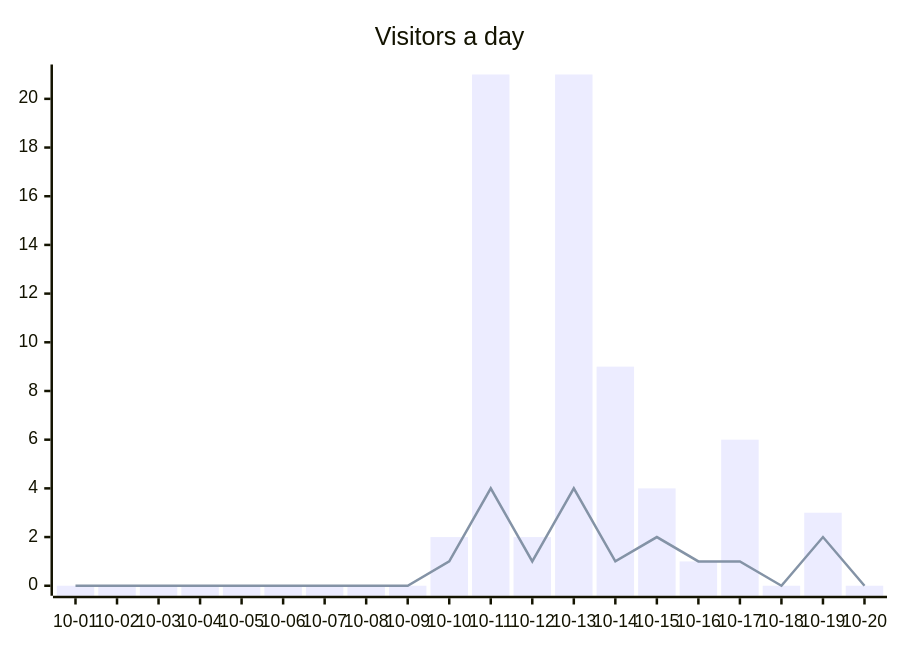
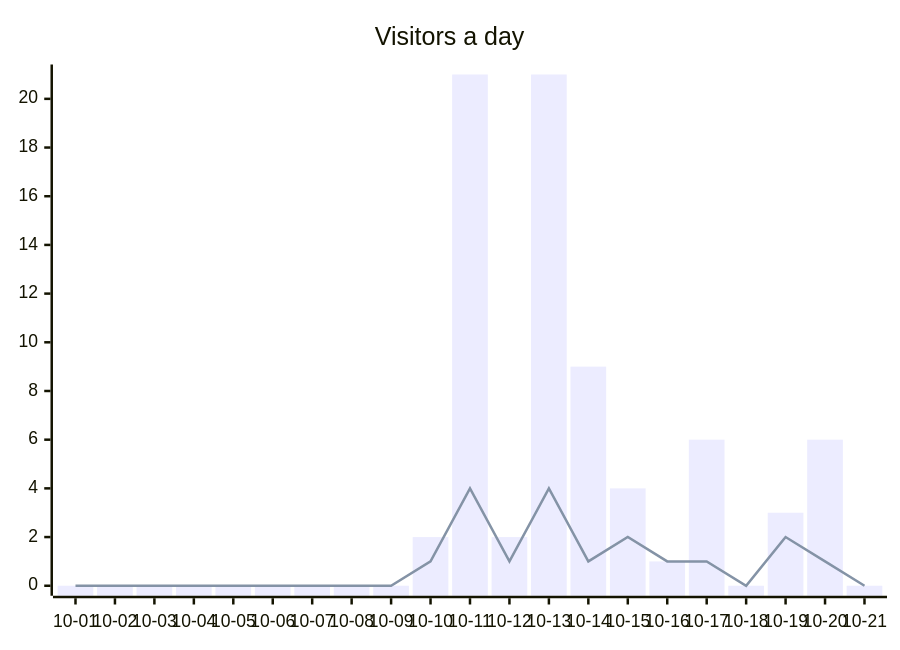
The second of 2 diagrams in README.md (ArtemkaGoldMan/ContextSwitcher), drawn with Mermaid before and after one commit. The commit also changed other lines of this file and 5 other files, not shown here.

````diff
--- a/README.md
+++ b/README.md
@@ -40,7 +40,7 @@
 ```mermaid
 xychart-beta
     title "Visitors a day"
-    x-axis ["10-01", "10-02", "10-03", "10-04", "10-05", "10-06", "10-07", "10-08", "10-09", "10-10", "10-11", "10-12", "10-13", "10-14", "10-15", "10-16", "10-17", "10-18", "10-19", "10-20"]
-    bar [0, 0, 0, 0, 0, 0, 0, 0, 0, 2, 21, 2, 21, 9, 4, 1, 6, 0, 3, 0]
-    line [0, 0, 0, 0, 0, 0, 0, 0, 0, 1, 4, 1, 4, 1, 2, 1, 1, 0, 2, 0]
+    x-axis ["10-01", "10-02", "10-03", "10-04", "10-05", "10-06", "10-07", "10-08", "10-09", "10-10", "10-11", "10-12", "10-13", "10-14", "10-15", "10-16", "10-17", "10-18", "10-19", "10-20", "10-21"]
+    bar [0, 0, 0, 0, 0, 0, 0, 0, 0, 2, 21, 2, 21, 9, 4, 1, 6, 0, 3, 6, 0]
+    line [0, 0, 0, 0, 0, 0, 0, 0, 0, 1, 4, 1, 4, 1, 2, 1, 1, 0, 2, 1, 0]
 ```
````
